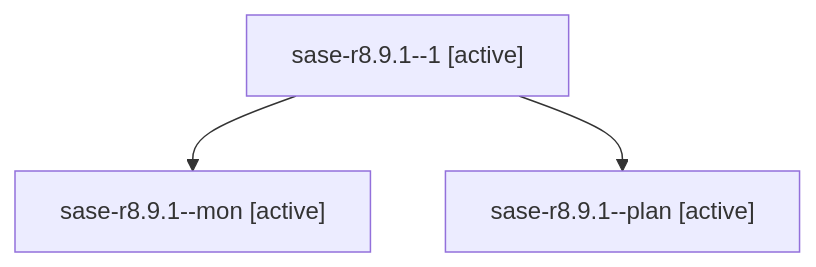
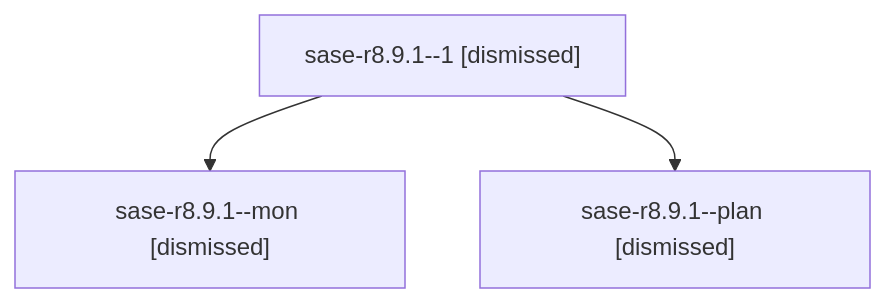
Before and after one commit to sase-org/sase--agents: the diagram in sessions/bbugyi200.athena.sase-r8.9.1.md, drawn with Mermaid. The commit also changed other lines of this file and 159 other files, not shown here.

````diff
--- a/sessions/bbugyi200.athena.sase-r8.9.1.md
+++ b/sessions/bbugyi200.athena.sase-r8.9.1.md
@@ -9,8 +9,8 @@
 ```mermaid
 flowchart TD
-  n0["sase-r8.9.1--1 [active]"]
-  n1["sase-r8.9.1--mon [active]"]
+  n0["sase-r8.9.1--1 [dismissed]"]
+  n1["sase-r8.9.1--mon [dismissed]"]
   n0 --> n1
-  n2["sase-r8.9.1--plan [active]"]
+  n2["sase-r8.9.1--plan [dismissed]"]
   n0 --> n2
 ```
````
